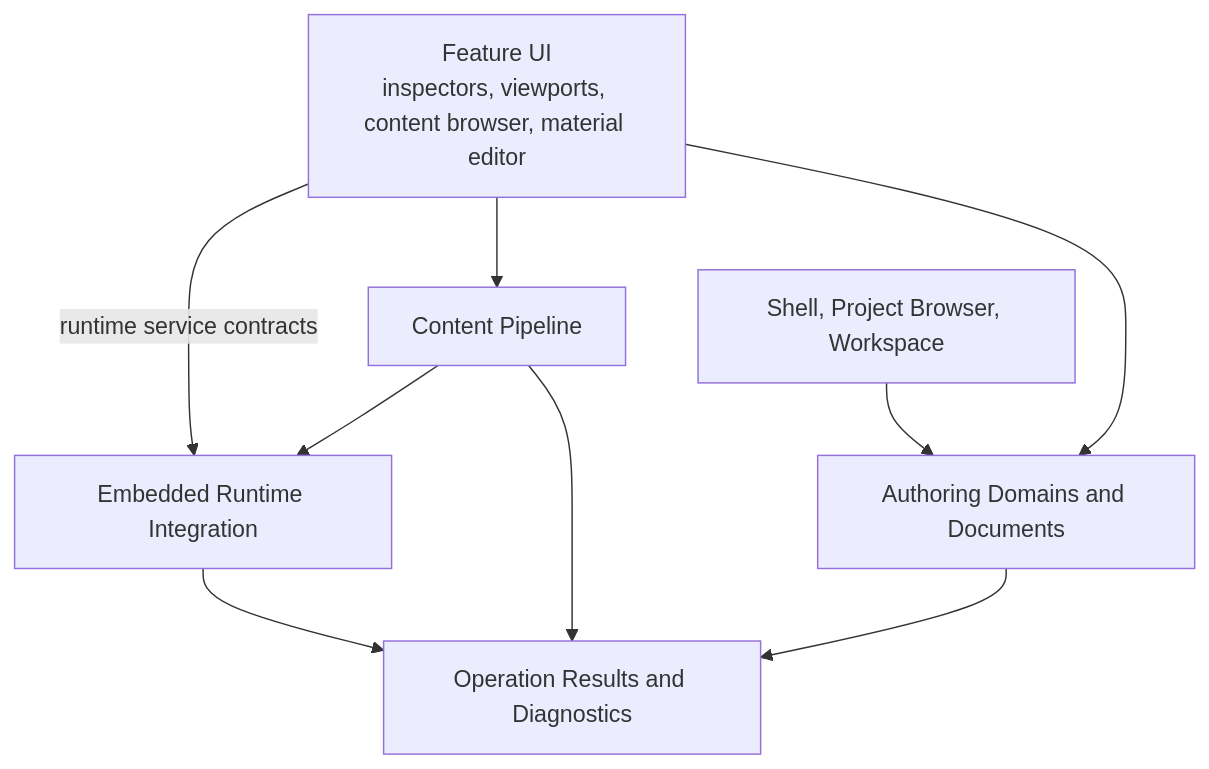
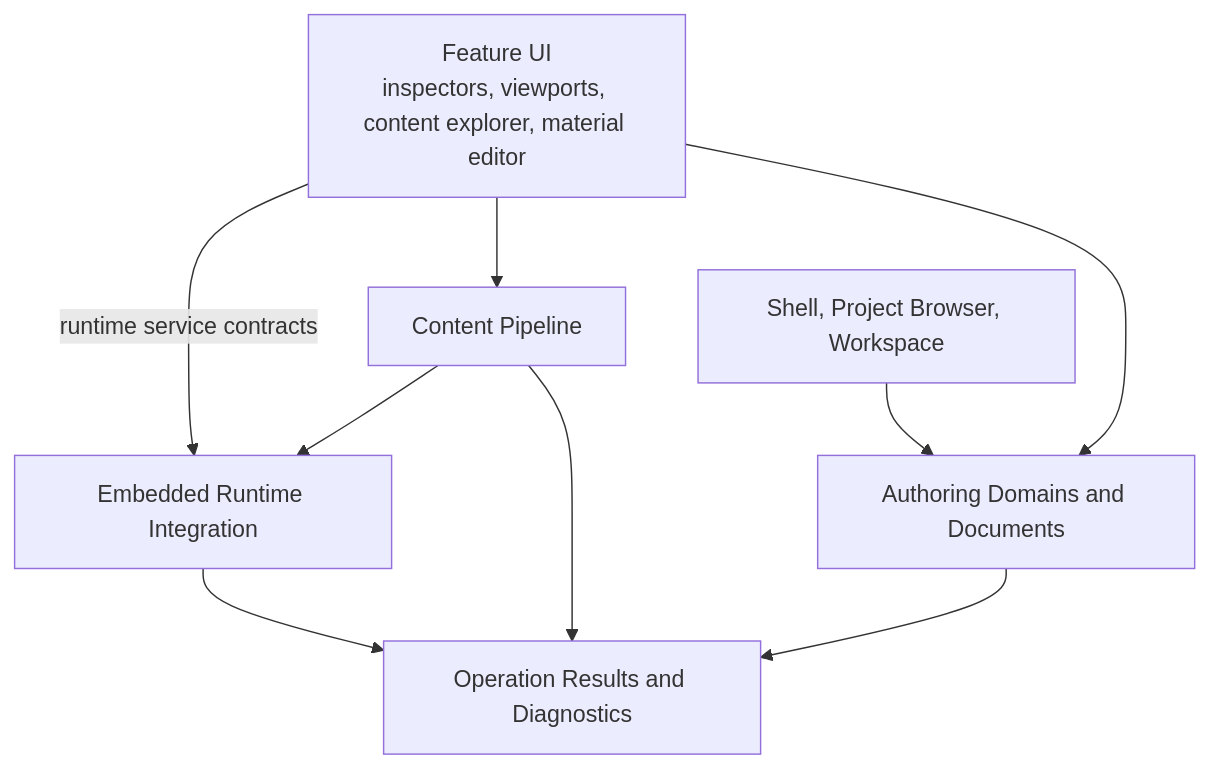
One commit to abdes/DroidNet changed the diagram in design/editor/DESIGN.md. Above: the diagram before and after it, drawn with Mermaid. The commit also changed other lines of this file and 335 other files, not shown here.

````diff
--- a/design/editor/DESIGN.md
+++ b/design/editor/DESIGN.md
@@ -41,18 +41,18 @@
 ```mermaid
 flowchart TB
     Shell[Shell, Project Browser, Workspace]
     Authoring[Authoring Domains and Documents]
-    FeatureUI[Feature UI<br/>inspectors, viewports, content browser, material editor]
+    FeatureUI[Feature UI<br/>inspectors, viewports, content explorer, material editor]
     Pipeline[Content Pipeline]
     Runtime[Embedded Runtime Integration]
     Diagnostics[Operation Results and Diagnostics]
 
     Shell --> Authoring
     FeatureUI --> Authoring
     FeatureUI --> Pipeline
     FeatureUI -- runtime service contracts --> Runtime
     Pipeline --> Runtime
     Runtime --> Diagnostics
     Pipeline --> Diagnostics
     Authoring --> Diagnostics
 ```
````
